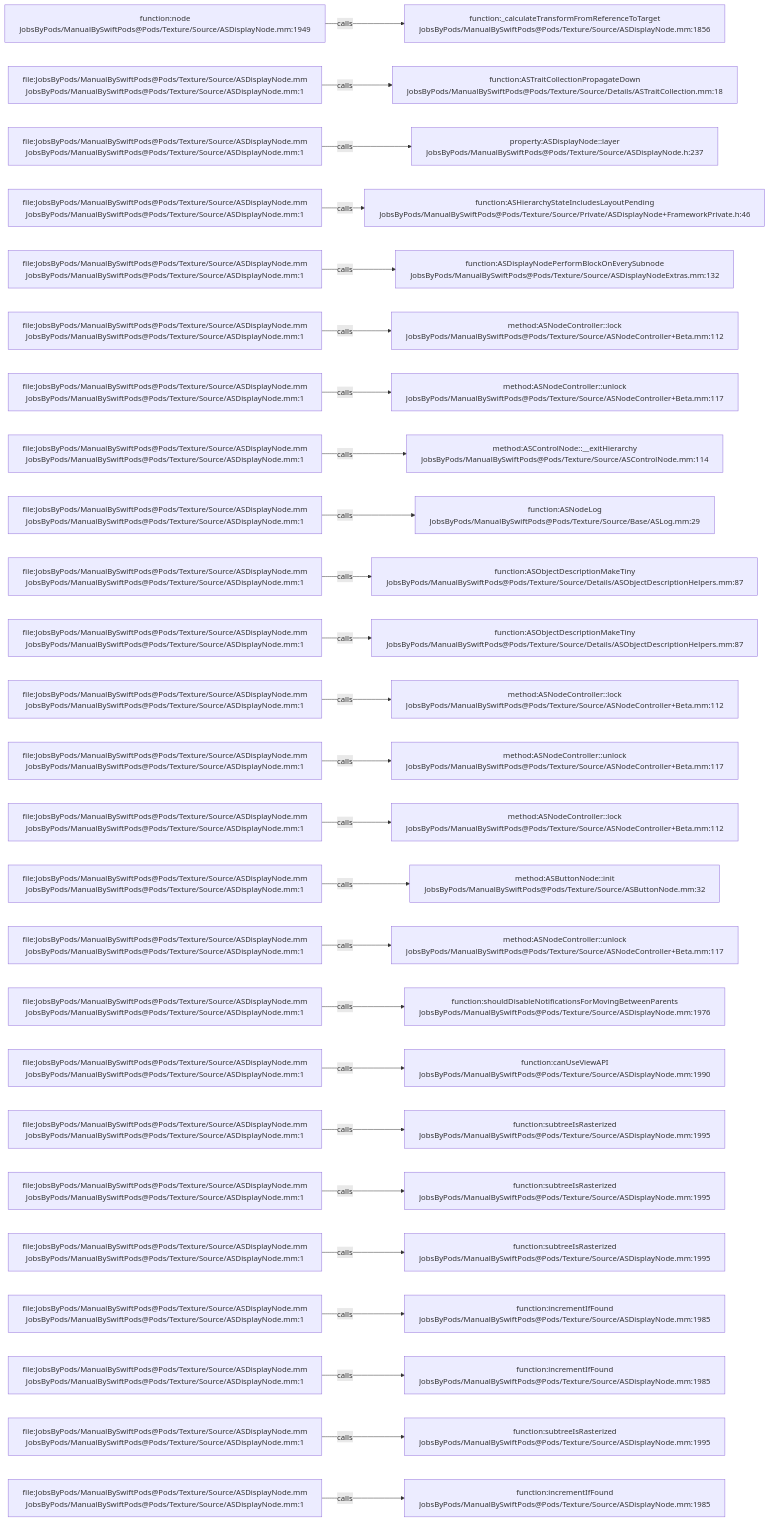
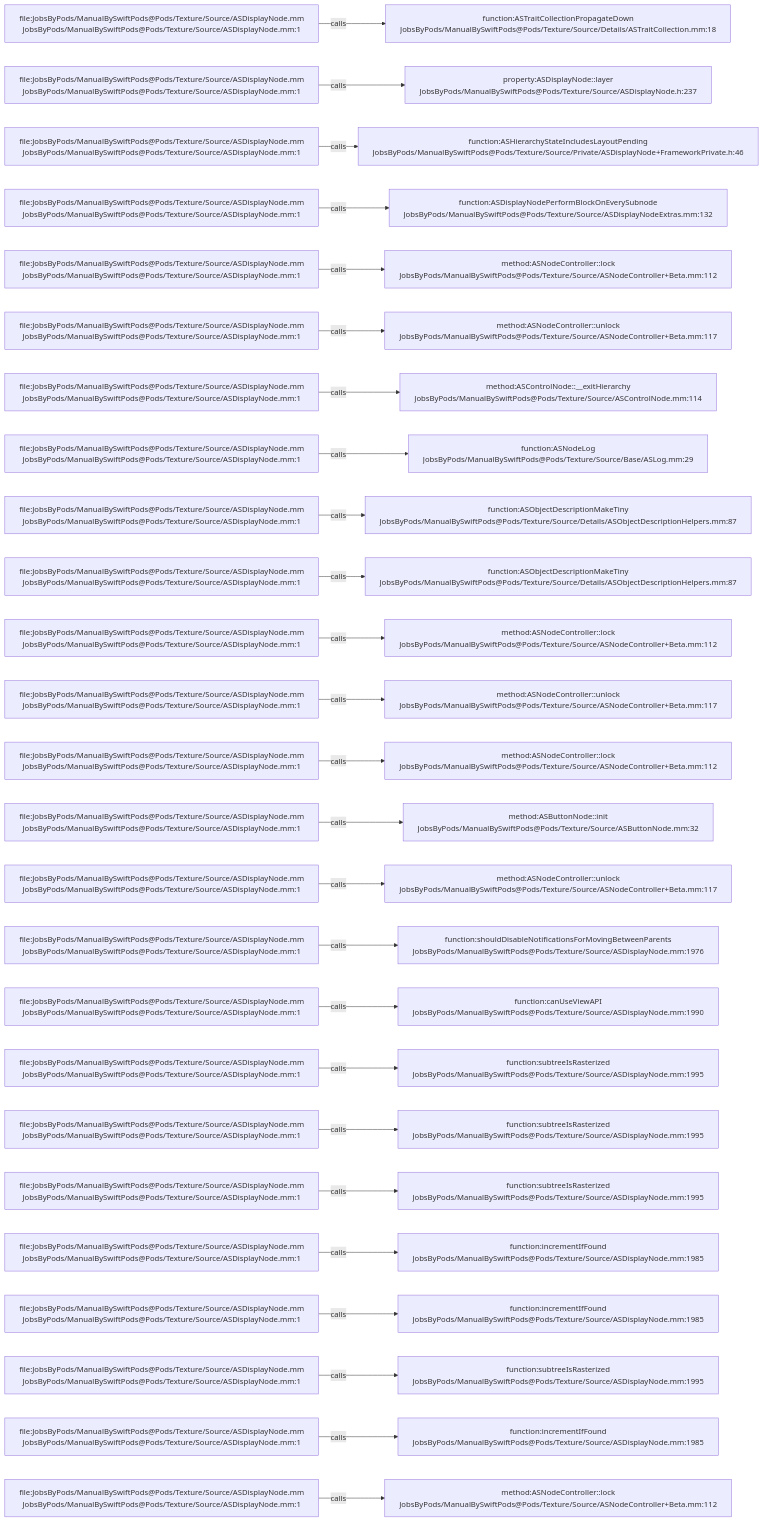
One commit to JobsKits/JobsSwiftBaseConfigDemo changed the diagram in .codegraph/codegraph.md/graphs/calls-032.md. Above: the diagram before and after it, drawn with Mermaid. The commit also changed 747 other files, not shown here.

````diff
--- a/.codegraph/codegraph.md/graphs/calls-032.md
+++ b/.codegraph/codegraph.md/graphs/calls-032.md
@@ -13,78 +13,78 @@
 ```mermaid
 flowchart LR
-  S1["function:node<br/>JobsByPods/ManualBySwiftPods@Pods/Texture/Source/ASDisplayNode.mm:1949"]
-  T1["function:_calculateTransformFromReferenceToTarget<br/>JobsByPods/ManualBySwiftPods@Pods/Texture/Source/ASDisplayNode.mm:1856"]
+  S1["file:JobsByPods/ManualBySwiftPods@Pods/Texture/Source/ASDisplayNode.mm<br/>JobsByPods/ManualBySwiftPods@Pods/Texture/Source/ASDisplayNode.mm:1"]
+  T1["function:ASTraitCollectionPropagateDown<br/>JobsByPods/ManualBySwiftPods@Pods/Texture/Source/Details/ASTraitCollection.mm:18"]
   S1 -->|calls| T1
   S2["file:JobsByPods/ManualBySwiftPods@Pods/Texture/Source/ASDisplayNode.mm<br/>JobsByPods/ManualBySwiftPods@Pods/Texture/Source/ASDisplayNode.mm:1"]
-  T2["function:ASTraitCollectionPropagateDown<br/>JobsByPods/ManualBySwiftPods@Pods/Texture/Source/Details/ASTraitCollection.mm:18"]
+  T2["property:ASDisplayNode::layer<br/>JobsByPods/ManualBySwiftPods@Pods/Texture/Source/ASDisplayNode.h:237"]
   S2 -->|calls| T2
   S3["file:JobsByPods/ManualBySwiftPods@Pods/Texture/Source/ASDisplayNode.mm<br/>JobsByPods/ManualBySwiftPods@Pods/Texture/Source/ASDisplayNode.mm:1"]
-  T3["property:ASDisplayNode::layer<br/>JobsByPods/ManualBySwiftPods@Pods/Texture/Source/ASDisplayNode.h:237"]
+  T3["function:ASHierarchyStateIncludesLayoutPending<br/>JobsByPods/ManualBySwiftPods@Pods/Texture/Source/Private/ASDisplayNode+FrameworkPrivate.h:46"]
   S3 -->|calls| T3
   S4["file:JobsByPods/ManualBySwiftPods@Pods/Texture/Source/ASDisplayNode.mm<br/>JobsByPods/ManualBySwiftPods@Pods/Texture/Source/ASDisplayNode.mm:1"]
-  T4["function:ASHierarchyStateIncludesLayoutPending<br/>JobsByPods/ManualBySwiftPods@Pods/Texture/Source/Private/ASDisplayNode+FrameworkPrivate.h:46"]
+  T4["function:ASDisplayNodePerformBlockOnEverySubnode<br/>JobsByPods/ManualBySwiftPods@Pods/Texture/Source/ASDisplayNodeExtras.mm:132"]
   S4 -->|calls| T4
   S5["file:JobsByPods/ManualBySwiftPods@Pods/Texture/Source/ASDisplayNode.mm<br/>JobsByPods/ManualBySwiftPods@Pods/Texture/Source/ASDisplayNode.mm:1"]
-  T5["function:ASDisplayNodePerformBlockOnEverySubnode<br/>JobsByPods/ManualBySwiftPods@Pods/Texture/Source/ASDisplayNodeExtras.mm:132"]
+  T5["method:ASNodeController::lock<br/>JobsByPods/ManualBySwiftPods@Pods/Texture/Source/ASNodeController+Beta.mm:112"]
   S5 -->|calls| T5
   S6["file:JobsByPods/ManualBySwiftPods@Pods/Texture/Source/ASDisplayNode.mm<br/>JobsByPods/ManualBySwiftPods@Pods/Texture/Source/ASDisplayNode.mm:1"]
-  T6["method:ASNodeController::lock<br/>JobsByPods/ManualBySwiftPods@Pods/Texture/Source/ASNodeController+Beta.mm:112"]
+  T6["method:ASNodeController::unlock<br/>JobsByPods/ManualBySwiftPods@Pods/Texture/Source/ASNodeController+Beta.mm:117"]
   S6 -->|calls| T6
   S7["file:JobsByPods/ManualBySwiftPods@Pods/Texture/Source/ASDisplayNode.mm<br/>JobsByPods/ManualBySwiftPods@Pods/Texture/Source/ASDisplayNode.mm:1"]
-  T7["method:ASNodeController::unlock<br/>JobsByPods/ManualBySwiftPods@Pods/Texture/Source/ASNodeController+Beta.mm:117"]
+  T7["method:ASControlNode::__exitHierarchy<br/>JobsByPods/ManualBySwiftPods@Pods/Texture/Source/ASControlNode.mm:114"]
   S7 -->|calls| T7
   S8["file:JobsByPods/ManualBySwiftPods@Pods/Texture/Source/ASDisplayNode.mm<br/>JobsByPods/ManualBySwiftPods@Pods/Texture/Source/ASDisplayNode.mm:1"]
-  T8["method:ASControlNode::__exitHierarchy<br/>JobsByPods/ManualBySwiftPods@Pods/Texture/Source/ASControlNode.mm:114"]
+  T8["function:ASNodeLog<br/>JobsByPods/ManualBySwiftPods@Pods/Texture/Source/Base/ASLog.mm:29"]
   S8 -->|calls| T8
   S9["file:JobsByPods/ManualBySwiftPods@Pods/Texture/Source/ASDisplayNode.mm<br/>JobsByPods/ManualBySwiftPods@Pods/Texture/Source/ASDisplayNode.mm:1"]
-  T9["function:ASNodeLog<br/>JobsByPods/ManualBySwiftPods@Pods/Texture/Source/Base/ASLog.mm:29"]
+  T9["function:ASObjectDescriptionMakeTiny<br/>JobsByPods/ManualBySwiftPods@Pods/Texture/Source/Details/ASObjectDescriptionHelpers.mm:87"]
   S9 -->|calls| T9
   S10["file:JobsByPods/ManualBySwiftPods@Pods/Texture/Source/ASDisplayNode.mm<br/>JobsByPods/ManualBySwiftPods@Pods/Texture/Source/ASDisplayNode.mm:1"]
   T10["function:ASObjectDescriptionMakeTiny<br/>JobsByPods/ManualBySwiftPods@Pods/Texture/Source/Details/ASObjectDescriptionHelpers.mm:87"]
   S10 -->|calls| T10
   S11["file:JobsByPods/ManualBySwiftPods@Pods/Texture/Source/ASDisplayNode.mm<br/>JobsByPods/ManualBySwiftPods@Pods/Texture/Source/ASDisplayNode.mm:1"]
-  T11["function:ASObjectDescriptionMakeTiny<br/>JobsByPods/ManualBySwiftPods@Pods/Texture/Source/Details/ASObjectDescriptionHelpers.mm:87"]
+  T11["method:ASNodeController::lock<br/>JobsByPods/ManualBySwiftPods@Pods/Texture/Source/ASNodeController+Beta.mm:112"]
   S11 -->|calls| T11
   S12["file:JobsByPods/ManualBySwiftPods@Pods/Texture/Source/ASDisplayNode.mm<br/>JobsByPods/ManualBySwiftPods@Pods/Texture/Source/ASDisplayNode.mm:1"]
-  T12["method:ASNodeController::lock<br/>JobsByPods/ManualBySwiftPods@Pods/Texture/Source/ASNodeController+Beta.mm:112"]
+  T12["method:ASNodeController::unlock<br/>JobsByPods/ManualBySwiftPods@Pods/Texture/Source/ASNodeController+Beta.mm:117"]
   S12 -->|calls| T12
   S13["file:JobsByPods/ManualBySwiftPods@Pods/Texture/Source/ASDisplayNode.mm<br/>JobsByPods/ManualBySwiftPods@Pods/Texture/Source/ASDisplayNode.mm:1"]
-  T13["method:ASNodeController::unlock<br/>JobsByPods/ManualBySwiftPods@Pods/Texture/Source/ASNodeController+Beta.mm:117"]
+  T13["method:ASNodeController::lock<br/>JobsByPods/ManualBySwiftPods@Pods/Texture/Source/ASNodeController+Beta.mm:112"]
   S13 -->|calls| T13
   S14["file:JobsByPods/ManualBySwiftPods@Pods/Texture/Source/ASDisplayNode.mm<br/>JobsByPods/ManualBySwiftPods@Pods/Texture/Source/ASDisplayNode.mm:1"]
-  T14["method:ASNodeController::lock<br/>JobsByPods/ManualBySwiftPods@Pods/Texture/Source/ASNodeController+Beta.mm:112"]
+  T14["method:ASButtonNode::init<br/>JobsByPods/ManualBySwiftPods@Pods/Texture/Source/ASButtonNode.mm:32"]
   S14 -->|calls| T14
   S15["file:JobsByPods/ManualBySwiftPods@Pods/Texture/Source/ASDisplayNode.mm<br/>JobsByPods/ManualBySwiftPods@Pods/Texture/Source/ASDisplayNode.mm:1"]
-  T15["method:ASButtonNode::init<br/>JobsByPods/ManualBySwiftPods@Pods/Texture/Source/ASButtonNode.mm:32"]
+  T15["method:ASNodeController::unlock<br/>JobsByPods/ManualBySwiftPods@Pods/Texture/Source/ASNodeController+Beta.mm:117"]
   S15 -->|calls| T15
   S16["file:JobsByPods/ManualBySwiftPods@Pods/Texture/Source/ASDisplayNode.mm<br/>JobsByPods/ManualBySwiftPods@Pods/Texture/Source/ASDisplayNode.mm:1"]
-  T16["method:ASNodeController::unlock<br/>JobsByPods/ManualBySwiftPods@Pods/Texture/Source/ASNodeController+Beta.mm:117"]
+  T16["function:shouldDisableNotificationsForMovingBetweenParents<br/>JobsByPods/ManualBySwiftPods@Pods/Texture/Source/ASDisplayNode.mm:1976"]
   S16 -->|calls| T16
   S17["file:JobsByPods/ManualBySwiftPods@Pods/Texture/Source/ASDisplayNode.mm<br/>JobsByPods/ManualBySwiftPods@Pods/Texture/Source/ASDisplayNode.mm:1"]
-  T17["function:shouldDisableNotificationsForMovingBetweenParents<br/>JobsByPods/ManualBySwiftPods@Pods/Texture/Source/ASDisplayNode.mm:1976"]
+  T17["function:canUseViewAPI<br/>JobsByPods/ManualBySwiftPods@Pods/Texture/Source/ASDisplayNode.mm:1990"]
   S17 -->|calls| T17
   S18["file:JobsByPods/ManualBySwiftPods@Pods/Texture/Source/ASDisplayNode.mm<br/>JobsByPods/ManualBySwiftPods@Pods/Texture/Source/ASDisplayNode.mm:1"]
-  T18["function:canUseViewAPI<br/>JobsByPods/ManualBySwiftPods@Pods/Texture/Source/ASDisplayNode.mm:1990"]
+  T18["function:subtreeIsRasterized<br/>JobsByPods/ManualBySwiftPods@Pods/Texture/Source/ASDisplayNode.mm:1995"]
   S18 -->|calls| T18
   S19["file:JobsByPods/ManualBySwiftPods@Pods/Texture/Source/ASDisplayNode.mm<br/>JobsByPods/ManualBySwiftPods@Pods/Texture/Source/ASDisplayNode.mm:1"]
   T19["function:subtreeIsRasterized<br/>JobsByPods/ManualBySwiftPods@Pods/Texture/Source/ASDisplayNode.mm:1995"]
   S19 -->|calls| T19
   S20["file:JobsByPods/ManualBySwiftPods@Pods/Texture/Source/ASDisplayNode.mm<br/>JobsByPods/ManualBySwiftPods@Pods/Texture/Source/ASDisplayNode.mm:1"]
   T20["function:subtreeIsRasterized<br/>JobsByPods/ManualBySwiftPods@Pods/Texture/Source/ASDisplayNode.mm:1995"]
   S20 -->|calls| T20
   S21["file:JobsByPods/ManualBySwiftPods@Pods/Texture/Source/ASDisplayNode.mm<br/>JobsByPods/ManualBySwiftPods@Pods/Texture/Source/ASDisplayNode.mm:1"]
-  T21["function:subtreeIsRasterized<br/>JobsByPods/ManualBySwiftPods@Pods/Texture/Source/ASDisplayNode.mm:1995"]
+  T21["function:incrementIfFound<br/>JobsByPods/ManualBySwiftPods@Pods/Texture/Source/ASDisplayNode.mm:1985"]
   S21 -->|calls| T21
   S22["file:JobsByPods/ManualBySwiftPods@Pods/Texture/Source/ASDisplayNode.mm<br/>JobsByPods/ManualBySwiftPods@Pods/Texture/Source/ASDisplayNode.mm:1"]
   T22["function:incrementIfFound<br/>JobsByPods/ManualBySwiftPods@Pods/Texture/Source/ASDisplayNode.mm:1985"]
   S22 -->|calls| T22
   S23["file:JobsByPods/ManualBySwiftPods@Pods/Texture/Source/ASDisplayNode.mm<br/>JobsByPods/ManualBySwiftPods@Pods/Texture/Source/ASDisplayNode.mm:1"]
-  T23["function:incrementIfFound<br/>JobsByPods/ManualBySwiftPods@Pods/Texture/Source/ASDisplayNode.mm:1985"]
+  T23["function:subtreeIsRasterized<br/>JobsByPods/ManualBySwiftPods@Pods/Texture/Source/ASDisplayNode.mm:1995"]
   S23 -->|calls| T23
   S24["file:JobsByPods/ManualBySwiftPods@Pods/Texture/Source/ASDisplayNode.mm<br/>JobsByPods/ManualBySwiftPods@Pods/Texture/Source/ASDisplayNode.mm:1"]
-  T24["function:subtreeIsRasterized<br/>JobsByPods/ManualBySwiftPods@Pods/Texture/Source/ASDisplayNode.mm:1995"]
+  T24["function:incrementIfFound<br/>JobsByPods/ManualBySwiftPods@Pods/Texture/Source/ASDisplayNode.mm:1985"]
   S24 -->|calls| T24
   S25["file:JobsByPods/ManualBySwiftPods@Pods/Texture/Source/ASDisplayNode.mm<br/>JobsByPods/ManualBySwiftPods@Pods/Texture/Source/ASDisplayNode.mm:1"]
-  T25["function:incrementIfFound<br/>JobsByPods/ManualBySwiftPods@Pods/Texture/Source/ASDisplayNode.mm:1985"]
+  T25["method:ASNodeController::lock<br/>JobsByPods/ManualBySwiftPods@Pods/Texture/Source/ASNodeController+Beta.mm:112"]
   S25 -->|calls| T25
 ```
````
